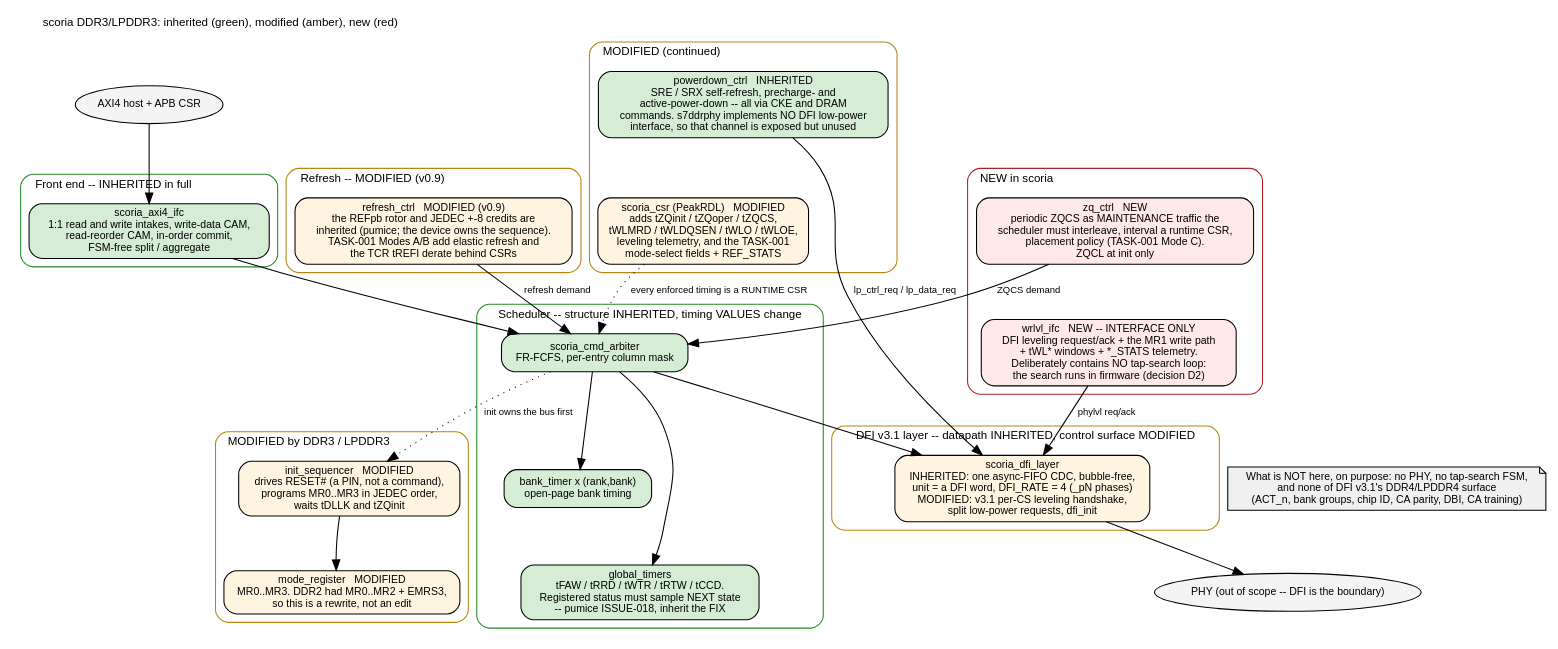
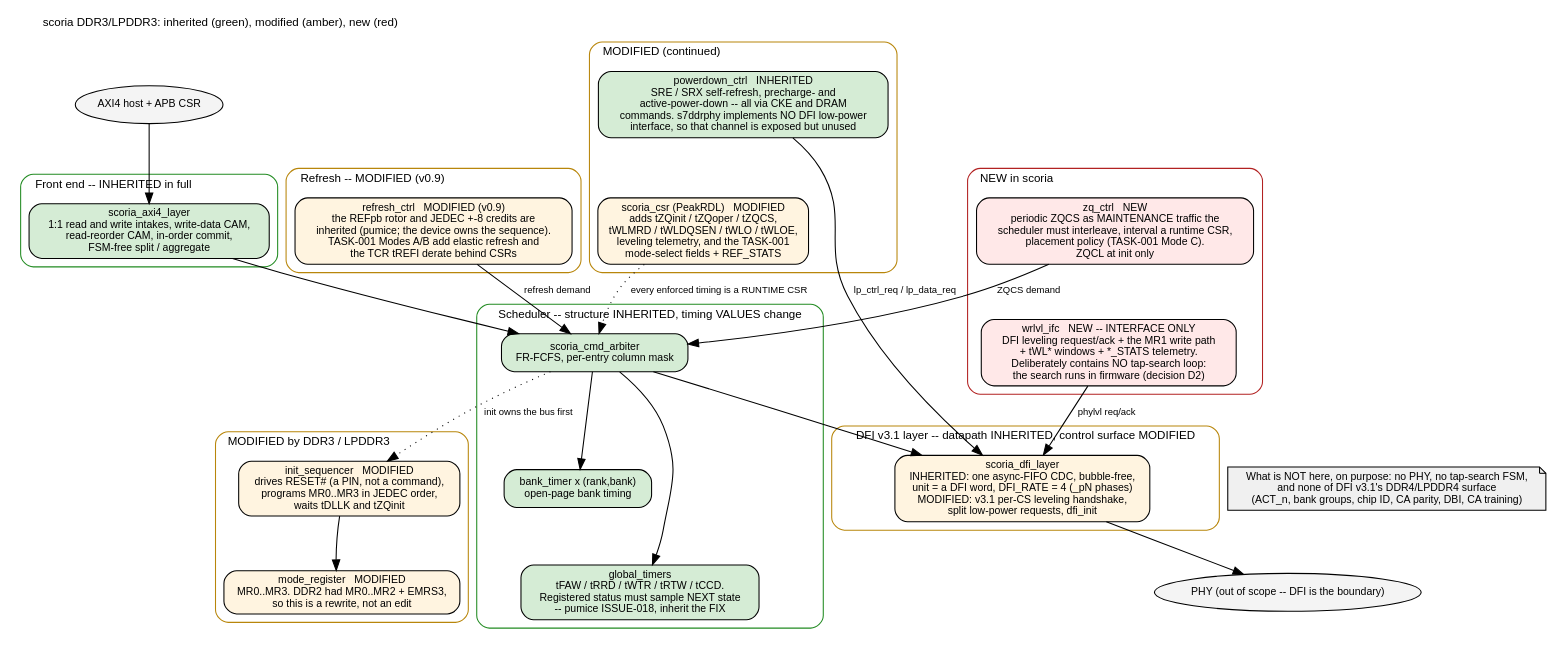
The diagram in projects/components/mem-ctrl-ip/scoria-ddr3-lpddr3/docs/scoria_has/assets/graphviz/01_block_diagram.dot (sean-galloway/RTLDesignSherpa), drawn with Graphviz before and after one commit. The commit also changed 16 other files, not shown here.

```diff
--- a/projects/components/mem-ctrl-ip/scoria-ddr3-lpddr3/docs/scoria_has/assets/graphviz/01_block_diagram.dot
+++ b/projects/components/mem-ctrl-ip/scoria-ddr3-lpddr3/docs/scoria_has/assets/graphviz/01_block_diagram.dot
@@ -1,73 +1,73 @@
 // scoria top-level, every block marked against pumice.
 // Green = inherited unchanged. Amber = modified. Red = new.
 digraph scoria_blocks {
     graph [rankdir=TB, fontname="Helvetica", fontsize=11, nodesep=0.3, ranksep=0.55,
            label="scoria DDR3/LPDDR3: inherited (green), modified (amber), new (red)", labelloc=t, labeljust=l];
     node  [fontname="Helvetica", fontsize=10, shape=box, style="rounded,filled"];
     edge  [fontname="Helvetica", fontsize=9];
 
     host [label="AXI4 host + APB CSR", shape=ellipse, fillcolor="#f4f4f4"];
 
     subgraph cluster_fe {
         label="Front end -- INHERITED in full"; style="rounded"; color="#228B22";
-        axi [label="scoria_axi4_ifc\n1:1 read and write intakes, write-data CAM,\nread-reorder CAM, in-order commit,\nFSM-free split / aggregate", fillcolor="#d5ecd5"];
+        axi [label="scoria_axi4_layer\n1:1 read and write intakes, write-data CAM,\nread-reorder CAM, in-order commit,\nFSM-free split / aggregate", fillcolor="#d5ecd5"];
     }
 
     subgraph cluster_sched {
         label="Scheduler -- structure INHERITED, timing VALUES change"; style="rounded"; color="#228B22";
         arb  [label="scoria_cmd_arbiter\nFR-FCFS, per-entry column mask", fillcolor="#d5ecd5"];
         bt   [label="bank_timer x (rank,bank)\nopen-page bank timing", fillcolor="#d5ecd5"];
         gt   [label="global_timers\ntFAW / tRRD / tWTR / tRTW / tCCD.\nRegistered status must sample NEXT state\n-- pumice ISSUE-018, inherit the FIX", fillcolor="#d5ecd5"];
         arb -> bt; arb -> gt;
     }
 
     subgraph cluster_mod {
         label="MODIFIED by DDR3 / LPDDR3"; style="rounded"; color="#B8860B";
         init [label="init_sequencer   MODIFIED\ndrives RESET# (a PIN, not a command),\nprograms MR0..MR3 in JEDEC order,\nwaits tDLLK and tZQinit", fillcolor="#fff4e0"];
         mr   [label="mode_register   MODIFIED\nMR0..MR3. DDR2 had MR0..MR2 + EMRS3,\nso this is a rewrite, not an edit", fillcolor="#fff4e0"];
     }
     subgraph cluster_ref {
         label="Refresh -- MODIFIED (v0.9)"; style="rounded"; color="#B8860B";
         ref  [label="refresh_ctrl   MODIFIED (v0.9)\nthe REFpb rotor and JEDEC +-8 credits are\ninherited (pumice; the device owns the sequence).\nTASK-001 Modes A/B add elastic refresh and\nthe TCR tREFI derate behind CSRs", fillcolor="#fff4e0"];
     }
     subgraph cluster_mod2 {
         label="MODIFIED (continued)"; style="rounded"; color="#B8860B";
         pd   [label="powerdown_ctrl   INHERITED\nSRE / SRX self-refresh, precharge- and\nactive-power-down -- all via CKE and DRAM\ncommands. s7ddrphy implements NO DFI low-power\ninterface, so that channel is exposed but unused", fillcolor="#d5ecd5"];
         csr  [label="scoria_csr (PeakRDL)   MODIFIED\nadds tZQinit / tZQoper / tZQCS,\ntWLMRD / tWLDQSEN / tWLO / tWLOE,\nleveling telemetry, and the TASK-001\nmode-select fields + REF_STATS", fillcolor="#fff4e0"];
     }
 
     subgraph cluster_new {
         label="NEW in scoria"; style="rounded"; color="#B22222";
         zq   [label="zq_ctrl   NEW\nperiodic ZQCS as MAINTENANCE traffic the\nscheduler must interleave, interval a runtime CSR,\nplacement policy (TASK-001 Mode C).\nZQCL at init only", fillcolor="#ffe8e8"];
         wl   [label="wrlvl_ifc   NEW -- INTERFACE ONLY\nDFI leveling request/ack + the MR1 write path\n+ tWL* windows + *_STATS telemetry.\nDeliberately contains NO tap-search loop:\nthe search runs in firmware (decision D2)", fillcolor="#ffe8e8"];
     }
 
     subgraph cluster_dfi {
         label="DFI v3.1 layer -- datapath INHERITED, control surface MODIFIED"; style="rounded"; color="#B8860B";
         dfi [label="scoria_dfi_layer\nINHERITED: one async-FIFO CDC, bubble-free,\nunit = a DFI word, DFI_RATE = 4 (_pN phases)\nMODIFIED: v3.1 per-CS leveling handshake,\nsplit low-power requests, dfi_init", fillcolor="#fff4e0"];
     }
 
     phy [label="PHY (out of scope -- DFI is the boundary)", shape=ellipse, fillcolor="#f4f4f4"];
 
     host -> axi; axi -> arb;
     arb -> init [style=dotted, label="init owns the bus first"];
     init -> mr;
     ref -> arb [label="refresh demand"];
     zq  -> arb [label="ZQCS demand"];
     pd  -> dfi [label="lp_ctrl_req / lp_data_req"];
     wl  -> dfi [label="phylvl req/ack"];
     csr -> arb [style=dotted, label="every enforced timing is a RUNTIME CSR"];
     arb -> dfi; dfi -> phy;
 
     // Layout only. Five modified blocks and two new ones placed side by side
     // render 4.2:1, which the page scaler squashes to a sliver -- see
     // vault/handbook/authoring/spec-doc-standards.md. Stack them instead.
     init -> mr [style=invis]; mr -> ref [style=invis]; ref -> pd [style=invis];
     pd -> csr [style=invis];
     csr -> zq [style=invis];
     zq -> wl [style=invis];
     bt -> gt [style=invis];
 
     note [label="What is NOT here, on purpose: no PHY, no tap-search FSM,\nand none of DFI v3.1's DDR4/LPDDR4 surface\n(ACT_n, bank groups, chip ID, CA parity, DBI, CA training)", shape=note, fillcolor="#f0f0f0"];
     note -> phy [style=invis];
 }
```
